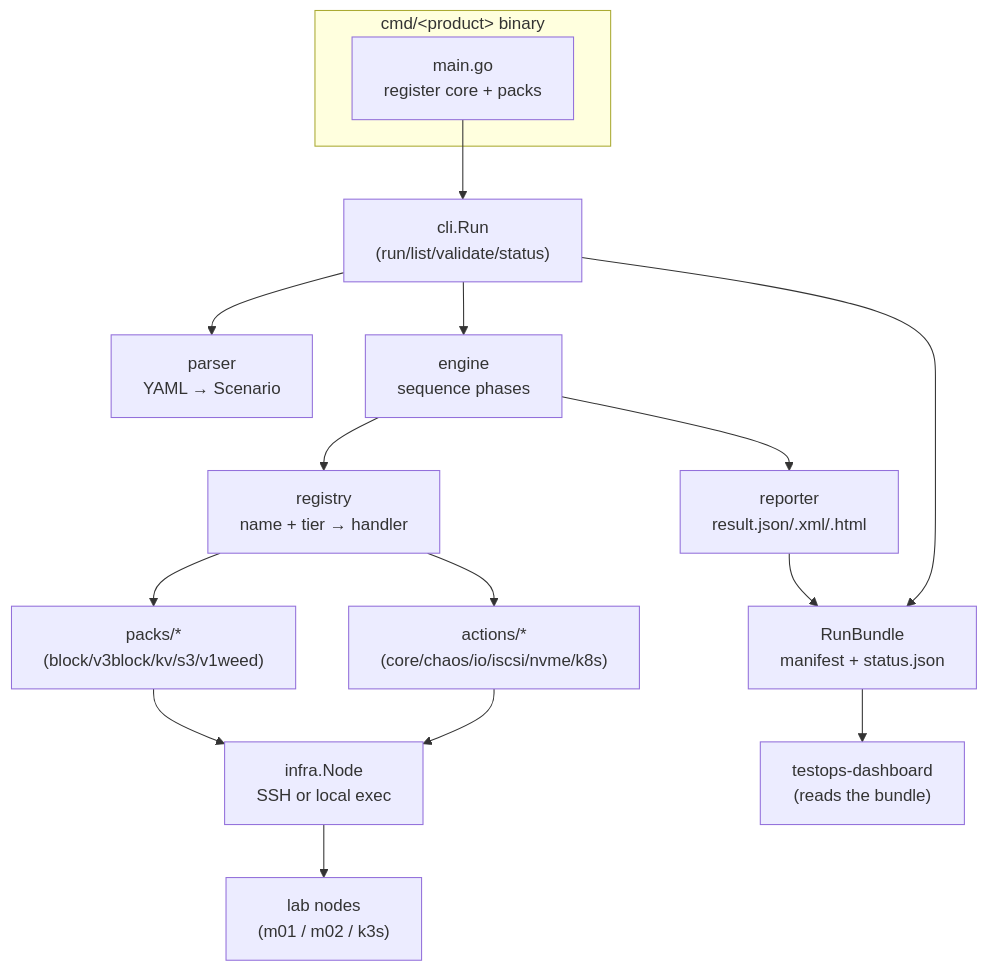
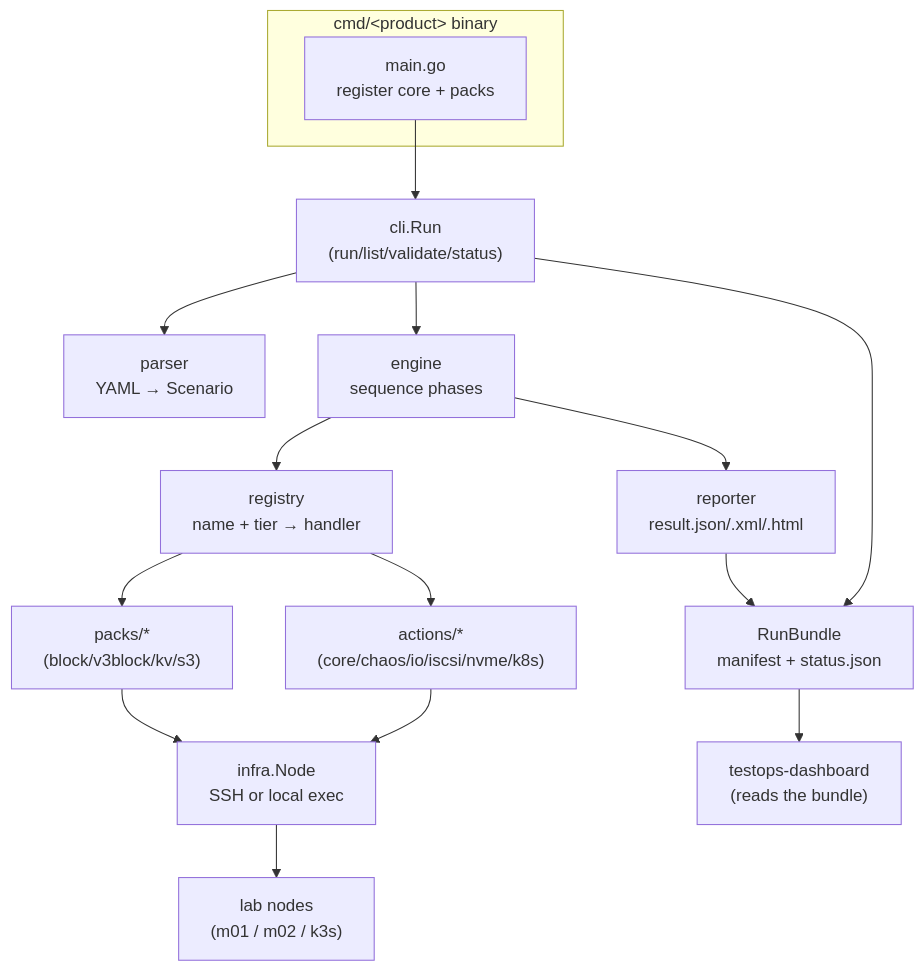
One commit to pingqiu/sw-test-runner changed the first of 3 diagrams in docs/wiki/how-it-works.md. Above: the diagram before and after it, drawn with Mermaid. The commit also changed 9 other files, not shown here.

````diff
--- a/docs/wiki/how-it-works.md
+++ b/docs/wiki/how-it-works.md
@@ -10,19 +10,19 @@
 ```mermaid
 flowchart TD
   subgraph bin["cmd/&lt;product&gt; binary"]
     main["main.go<br/>register core + packs"]
   end
   main --> cli["cli.Run<br/>(run/list/validate/status)"]
   cli --> parser["parser<br/>YAML → Scenario"]
   cli --> bundle["RunBundle<br/>manifest + status.json"]
   cli --> engine["engine<br/>sequence phases"]
   engine --> registry["registry<br/>name + tier → handler"]
   registry --> actions["actions/*<br/>(core/chaos/io/iscsi/nvme/k8s)"]
-  registry --> packs["packs/*<br/>(block/v3block/kv/s3/v1weed)"]
+  registry --> packs["packs/*<br/>(block/v3block/kv/s3)"]
   actions --> node["infra.Node<br/>SSH or local exec"]
   packs --> node
   node --> lab["lab nodes<br/>(m01 / m02 / k3s)"]
   engine --> reporter["reporter<br/>result.json/.xml/.html"]
   reporter --> bundle
   bundle --> dash["testops-dashboard<br/>(reads the bundle)"]
 ```
````
